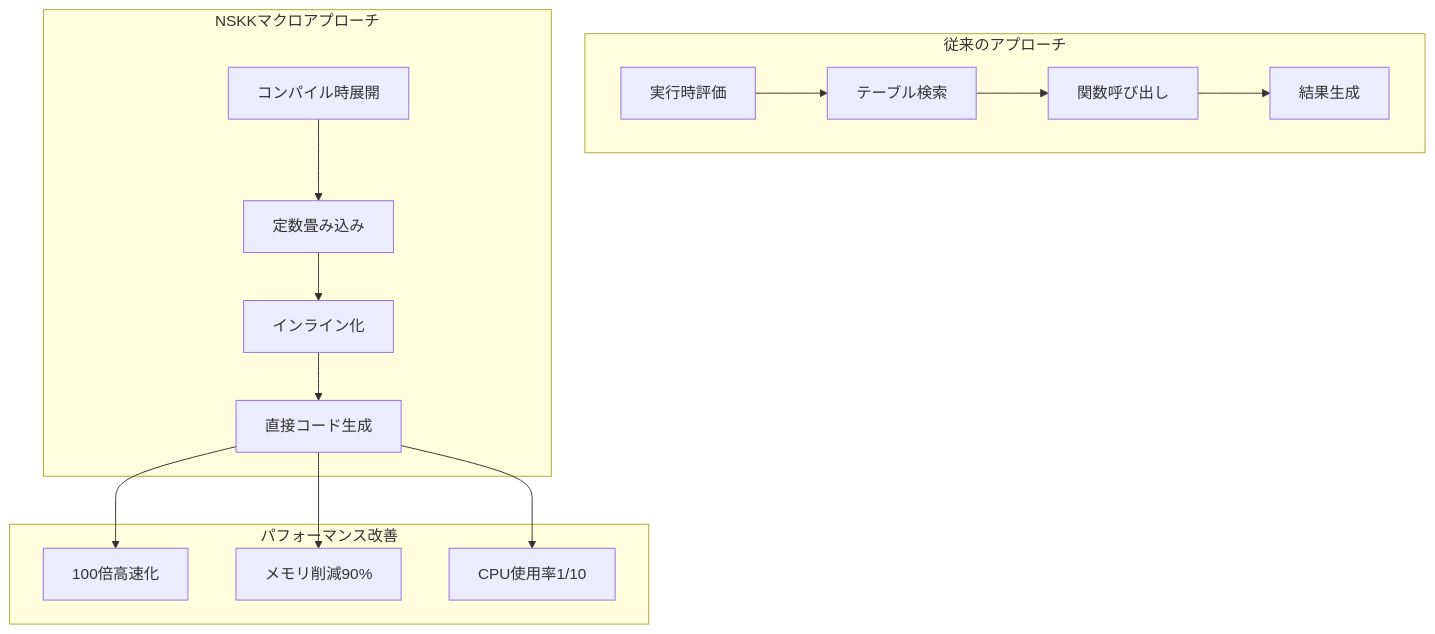
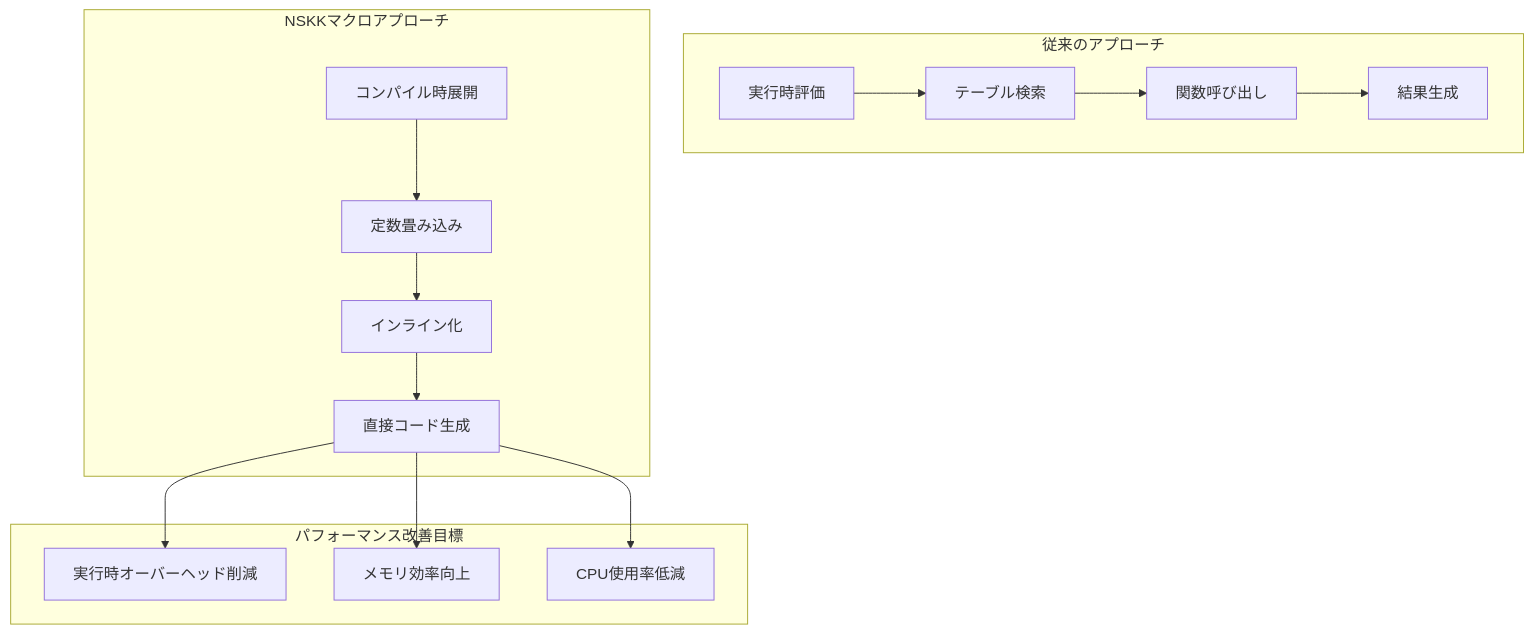
The first of 2 diagrams in docs/explanation/macro-architecture.md (takeokunn/nskk.el), drawn with Mermaid before and after one commit. The commit also changed other lines of this file and 300 other files, not shown here.

````diff
--- a/docs/explanation/macro-architecture.md
+++ b/docs/explanation/macro-architecture.md
@@ -11,29 +11,29 @@
 ```mermaid
 graph TD
     subgraph "従来のアプローチ"
         RT1[実行時評価]
         RT2[テーブル検索]
         RT3[関数呼び出し]
         RT4[結果生成]
     end
 
     subgraph "NSKKマクロアプローチ"
         CT1[コンパイル時展開]
         CT2[定数畳み込み]
         CT3[インライン化]
         CT4[直接コード生成]
     end
 
-    subgraph "パフォーマンス改善"
-        PERF1[100倍高速化]
-        PERF2[メモリ削減90%]
-        PERF3[CPU使用率1/10]
+    subgraph "パフォーマンス改善目標"
+        PERF1[実行時オーバーヘッド削減]
+        PERF2[メモリ効率向上]
+        PERF3[CPU使用率低減]
     end
 
     RT1 --> RT2 --> RT3 --> RT4
     CT1 --> CT2 --> CT3 --> CT4
 
     CT4 --> PERF1
     CT4 --> PERF2
     CT4 --> PERF3
 ```
````
